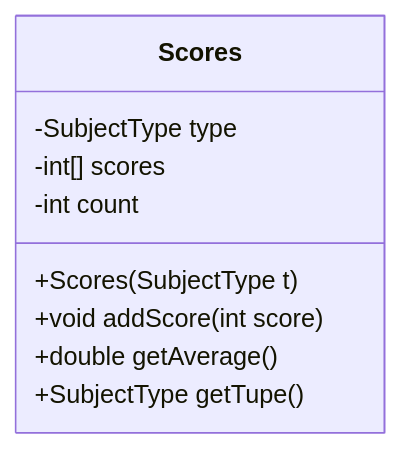
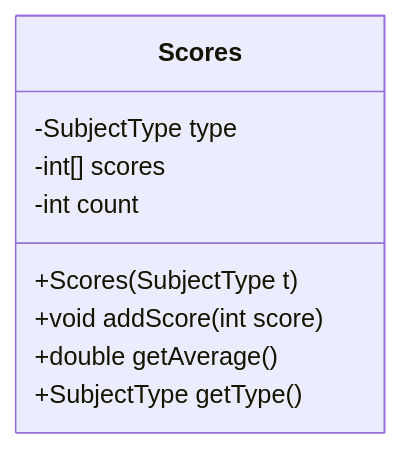
Before and after one commit to gaerimi/TIL: the diagram in object-oriented-programming/README.MD, drawn with Mermaid. The commit also changed other lines of this file, not shown here.

````diff
--- a/object-oriented-programming/README.MD
+++ b/object-oriented-programming/README.MD
@@ -1897,10 +2273,10 @@
 ```mermaid
 classDiagram
     Scores: -SubjectType type
     Scores: -int[] scores
     Scores: -int count
     Scores: +Scores(SubjectType t)
     Scores: +void addScore(int score)
     Scores: +double getAverage()
-    Scores: +SubjectType getTupe()
+    Scores: +SubjectType getType()
 ```
````
